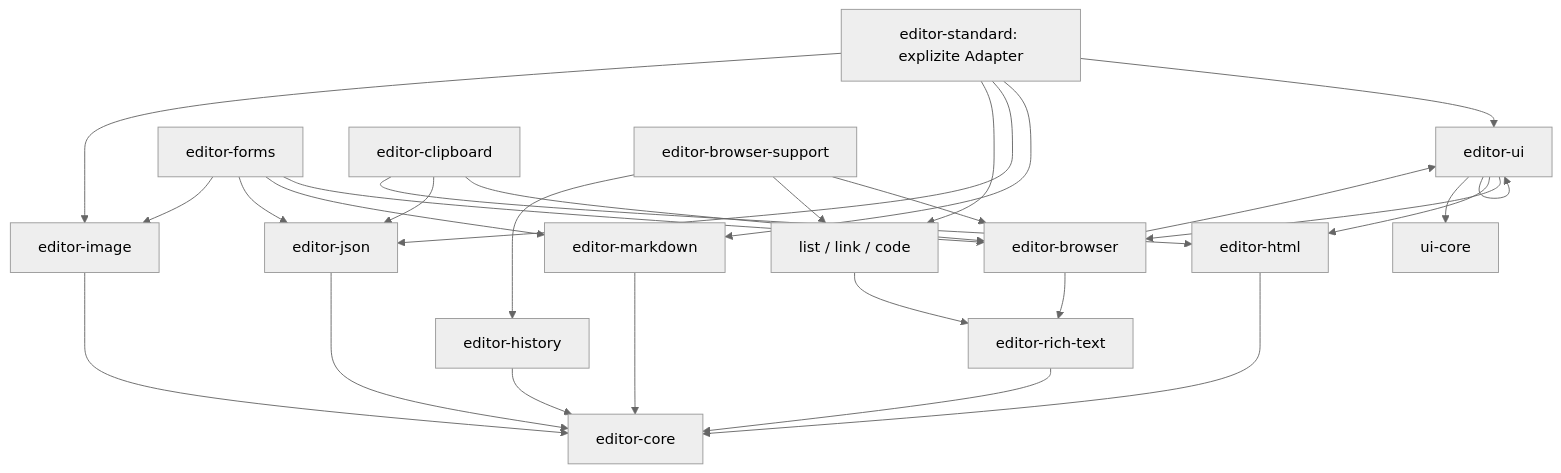
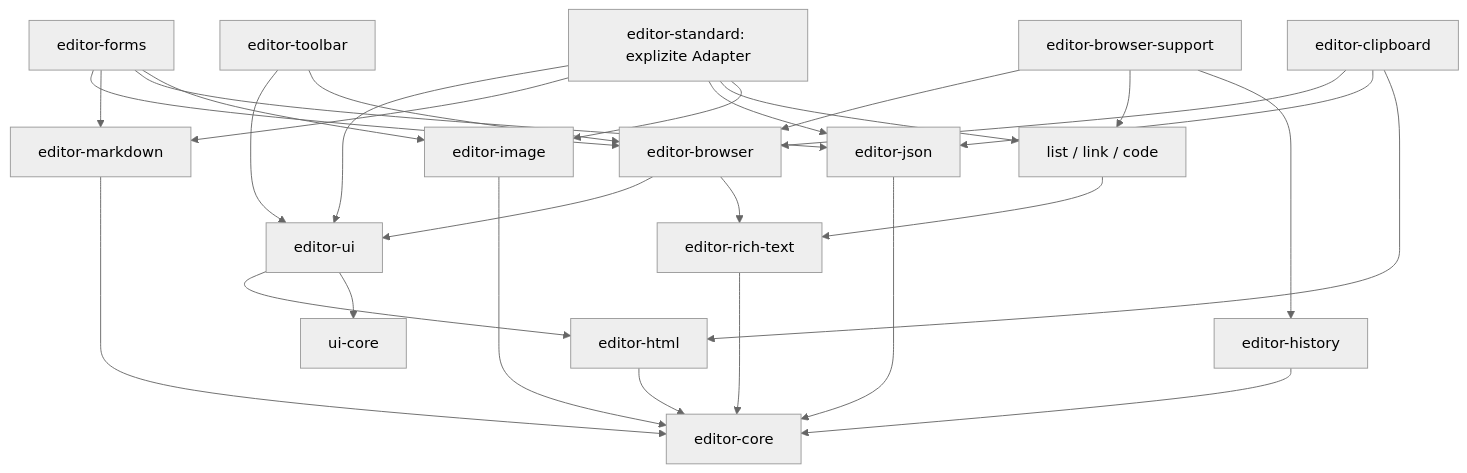
Before and after one commit to anjunar/scalajs-ember: the diagram in UI_EDITOR_ARCHITECTURE.md, drawn with Mermaid (neutral theme). The commit also changed other lines of this file and 52 other files, not shown here.

````diff
--- a/UI_EDITOR_ARCHITECTURE.md
+++ b/UI_EDITOR_ARCHITECTURE.md
@@ -207,31 +209,31 @@
 ```mermaid
 flowchart TD
-  UI[editor-ui] --> UI[editor-ui]
-  UI --> Browser[editor-browser]
+  Toolbar[editor-toolbar] --> UI[editor-ui]
+  Toolbar --> Browser[editor-browser]
   Forms[editor-forms] --> Browser
   Forms --> MD[editor-markdown]
   Forms --> JSON[editor-json]
   Forms --> Image[editor-image]
   Clip[editor-clipboard] --> Browser
   Clip --> JSON
   Clip --> HTML[editor-html]
   Browser --> UI
   Browser --> Rich[editor-rich-text]
   BrowserSupport[editor-browser-support] --> Browser
   BrowserSupport --> Features[list / link / code]
   BrowserSupport --> History[editor-history]
   UI --> HTML
   UI --> UiCore[ui-core]
   Standard[editor-standard: explizite Adapter] --> UI
   Standard --> MD
   Standard --> JSON
   Standard --> Features[list / link / code]
   Standard --> Image
   Features --> Rich
   Rich --> Core[editor-core]
   Image --> Core
   MD --> Core
   JSON --> Core
   HTML --> Core
   History[editor-history] --> Core
 ```
````
